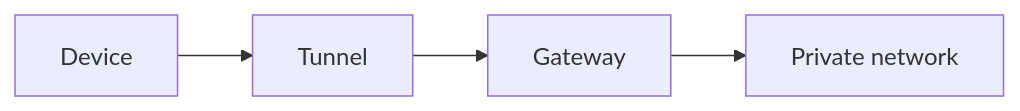
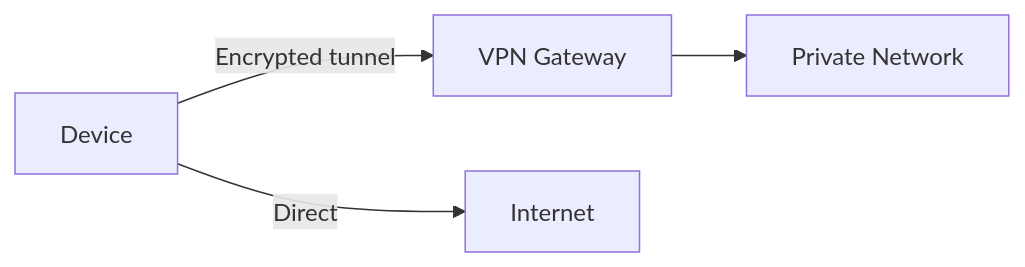
The diagram in Vault/Software Engineering/04 Networks/Architecture & Ops/VPN.md (grafanaKibana/devbook.zip), drawn with Mermaid before and after one commit. The commit also changed other lines of this file and 25 other files, not shown here.

````diff
--- a/Vault/Software Engineering/04 Networks/Architecture & Ops/VPN.md
+++ b/Vault/Software Engineering/04 Networks/Architecture & Ops/VPN.md
@@ -24,6 +22,6 @@
 ```mermaid
 flowchart LR
-  D[Device] --> T[Tunnel]
-  T --> G[Gateway]
-  G --> P[Private network]
+  D[Device] -->|Encrypted tunnel| G[VPN Gateway]
+  G --> P[Private Network]
+  D -->|Direct| I[Internet]
 ```
````
